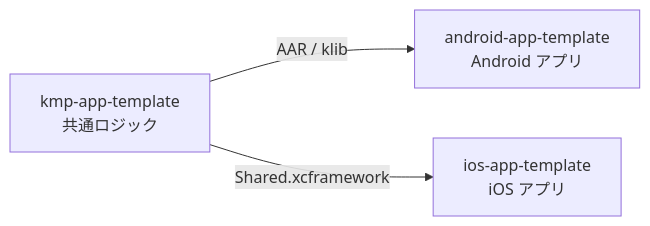
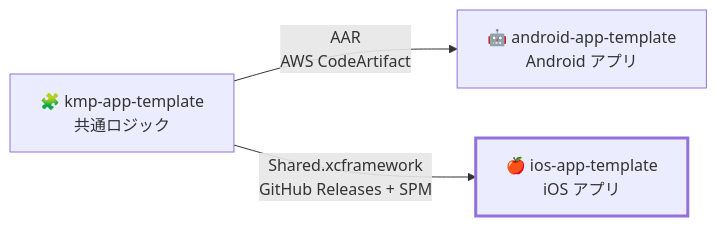
One commit to yossibank/ios-app-template changed the first of 2 diagrams in README.md. Above: the diagram before and after it, drawn with Mermaid. The commit also changed other lines of this file and 1 other file, not shown here.

Commit message:
Organize the README and CLAUDE.md with tables, diagrams and alerts

````diff
--- a/README.md
+++ b/README.md
@@ -24,8 +24,9 @@
 ```mermaid
 flowchart LR
-    KMP["kmp-app-template<br/>共通ロジック"]
-    AND["android-app-template<br/>Android アプリ"]
-    IOS["ios-app-template<br/>iOS アプリ"]
-    KMP -->|"AAR / klib"| AND
-    KMP -->|"Shared.xcframework"| IOS
+    KMP["🧩 kmp-app-template<br/>共通ロジック"]
+    AND["🤖 android-app-template<br/>Android アプリ"]
+    IOS["🍎 ios-app-template<br/>iOS アプリ"]
+    KMP -->|"AAR<br/>AWS CodeArtifact"| AND
+    KMP -->|"Shared.xcframework<br/>GitHub Releases + SPM"| IOS
+    style IOS stroke-width:3px
 ```
````
